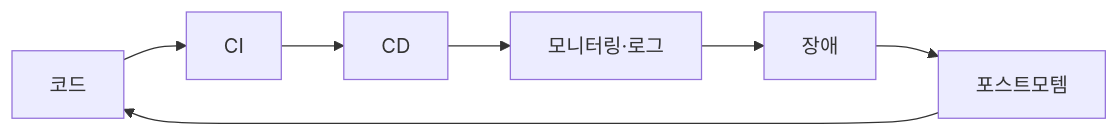
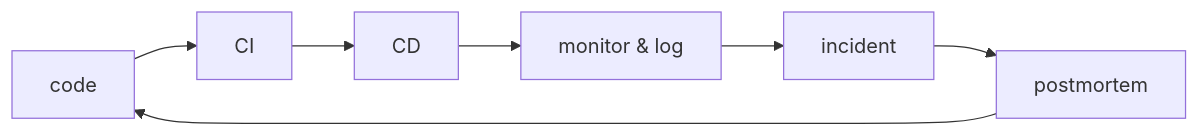
Before and after one commit to yeongseon-books/book-content: the diagram in content/devops-101/ko/10-operable-devops-flow.md, drawn with Mermaid. The commit also changed other lines of this file and 9 other files, not shown here.

````diff
--- a/content/devops-101/ko/10-operable-devops-flow.md
+++ b/content/devops-101/ko/10-operable-devops-flow.md
@@ -53,9 +47,9 @@
 ```mermaid
 flowchart LR
-    Code["코드"] --> CI["CI"]
+    Code["code"] --> CI["CI"]
     CI --> CD["CD"]
-    CD --> Monitor["모니터링·로그"]
-    Monitor --> Incident["장애"]
-    Incident --> Postmortem["포스트모템"]
+    CD --> Monitor["monitor & log"]
+    Monitor --> Incident["incident"]
+    Incident --> Postmortem["postmortem"]
     Postmortem --> Code
 ```
````
